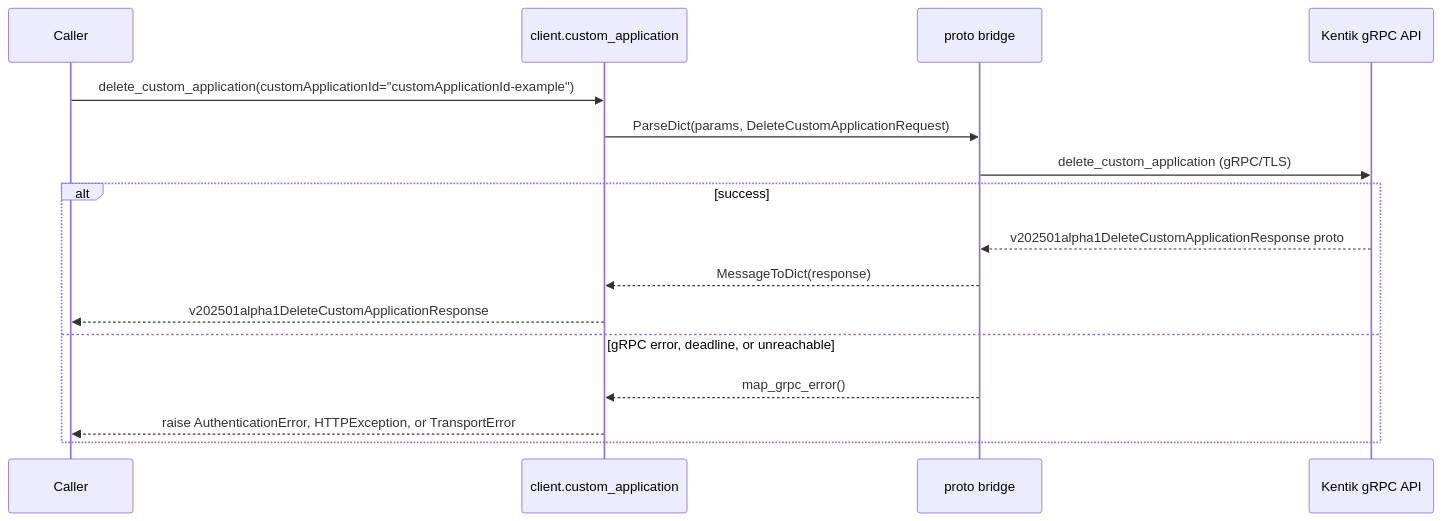
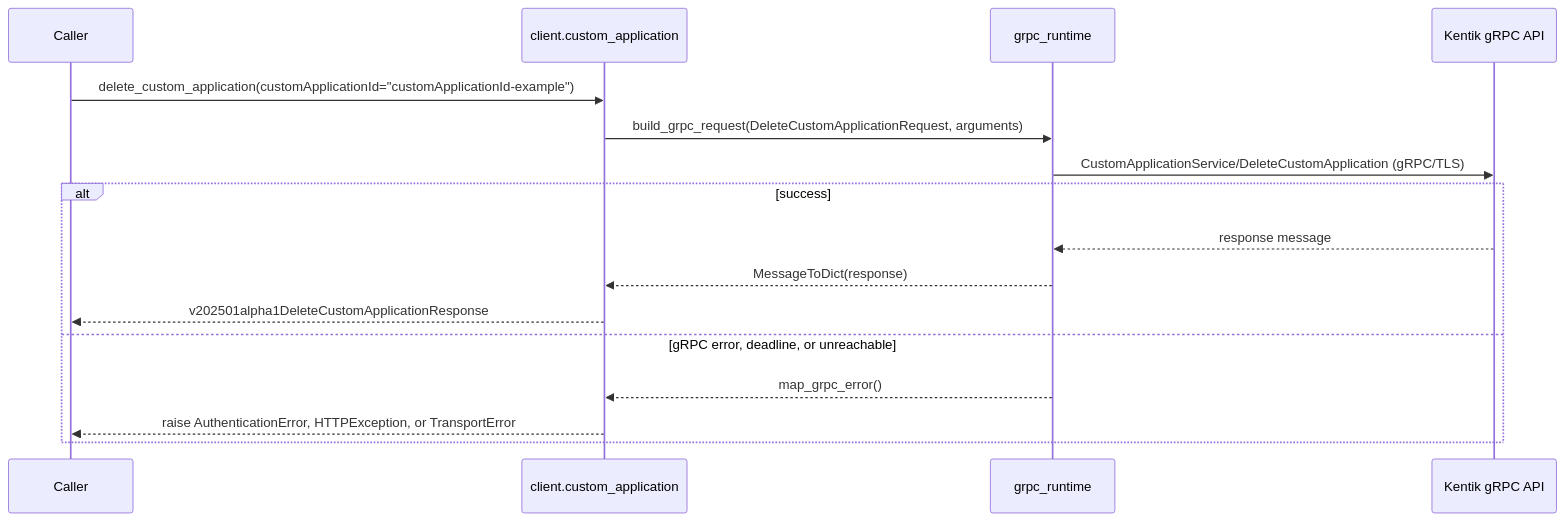
One commit to alexdearaujo/community_sdk_python changed diagram 11 of 12 in docs/sphinx/services/custom_application.md. Above: the diagram before and after it, drawn with Mermaid. The commit also changed other lines of this file and 37 other files, not shown here.

First line of the commit message:
docs: show the real RPC in each service page's gRPC diagram

````diff
--- a/docs/sphinx/services/custom_application.md
+++ b/docs/sphinx/services/custom_application.md
@@ -357,19 +357,19 @@
 ```mermaid
 sequenceDiagram
     participant C as Caller
     participant W as client.custom_application
-    participant B as proto bridge
+    participant R as grpc_runtime
     participant API as Kentik gRPC API
 
     C->>W: delete_custom_application(customApplicationId="customApplicationId-example")
-    W->>B: ParseDict(params, DeleteCustomApplicationRequest)
-    B->>API: delete_custom_application (gRPC/TLS)
+    W->>R: build_grpc_request(DeleteCustomApplicationRequest, arguments)
+    R->>API: CustomApplicationService/DeleteCustomApplication (gRPC/TLS)
     alt success
-        API-->>B: v202501alpha1DeleteCustomApplicationResponse proto
-        B-->>W: MessageToDict(response)
+        API-->>R: response message
+        R-->>W: MessageToDict(response)
         W-->>C: v202501alpha1DeleteCustomApplicationResponse
     else gRPC error, deadline, or unreachable
-        B-->>W: map_grpc_error()
+        R-->>W: map_grpc_error()
         W-->>C: raise AuthenticationError, HTTPException, or TransportError
     end
 ```
````
